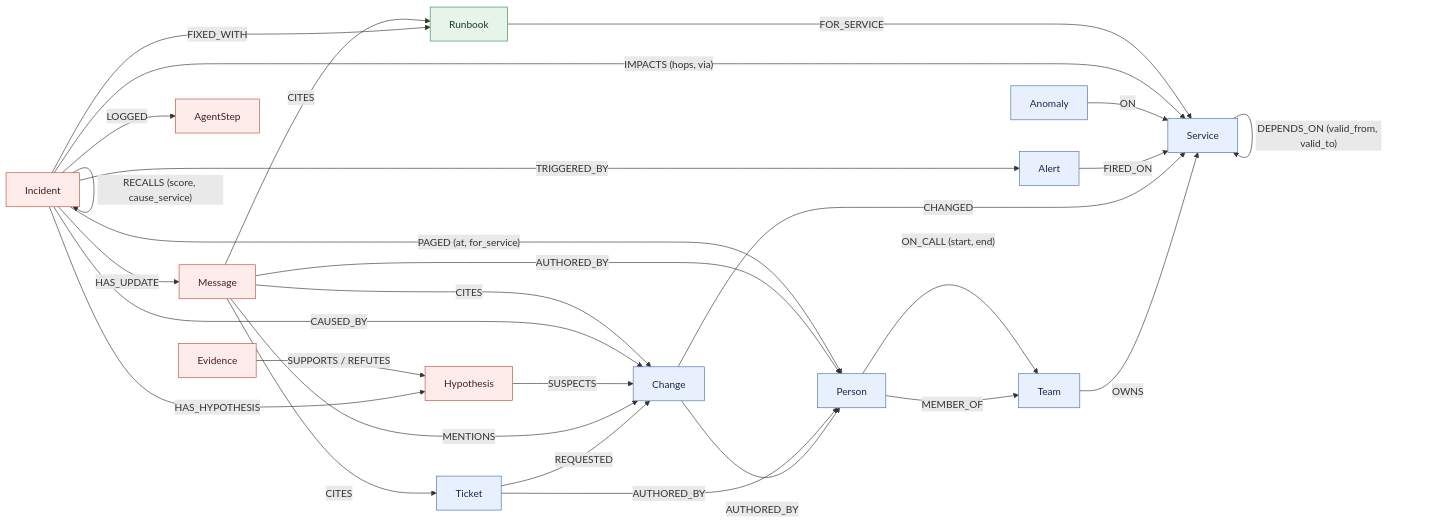
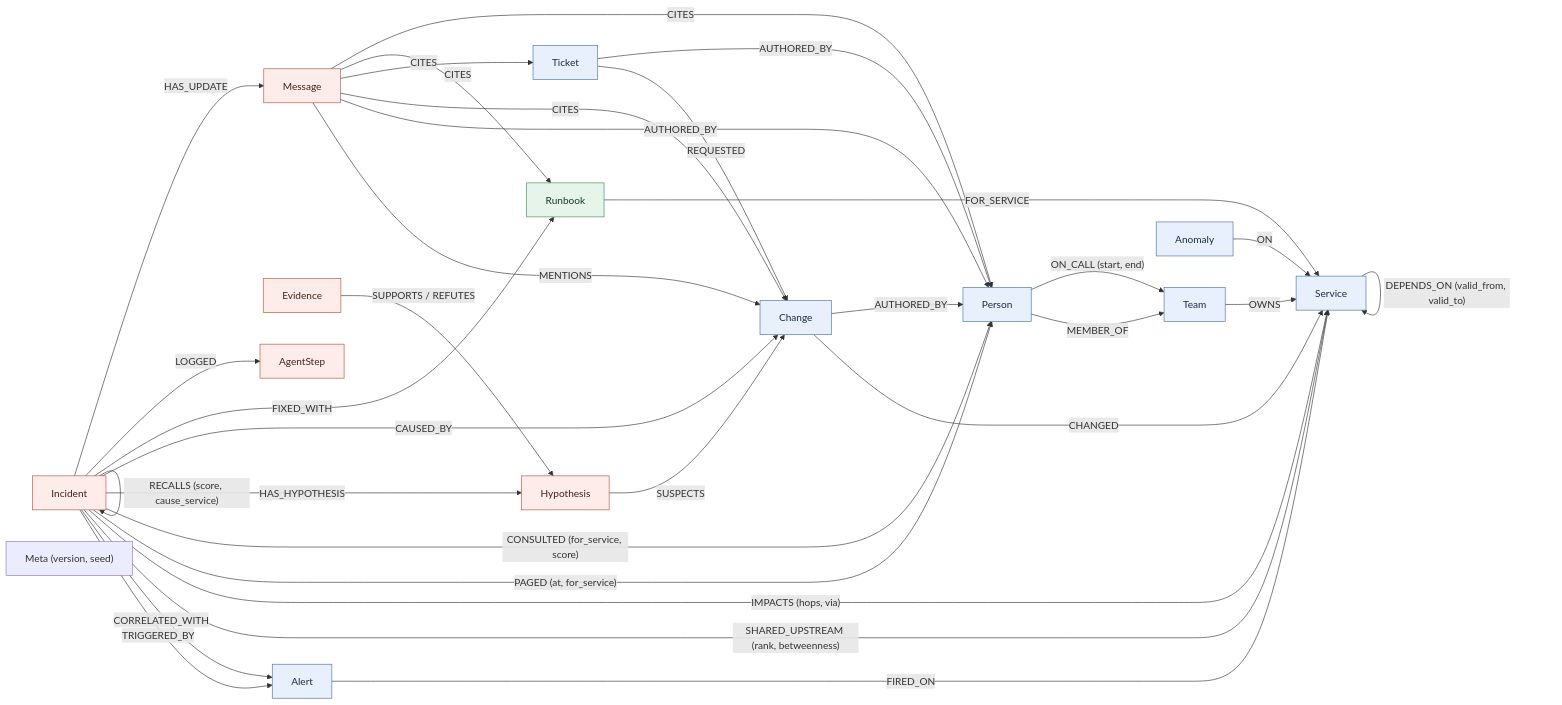
The diagram in docs/DATA_MODEL.md (harz05/oncall-brain), drawn with Mermaid before and after one commit. The commit also changed other lines of this file and 10 other files, not shown here.

Commit message:
docs: align README, architecture, data model, walkthrough, MCP, demo script, blog, ADRs with HEAD

````diff
--- a/docs/DATA_MODEL.md
+++ b/docs/DATA_MODEL.md
@@ -18,37 +19,42 @@
 ```mermaid
 flowchart LR
   Person -->|MEMBER_OF| Team
   Person -->|"ON_CALL (start, end)"| Team
   Team -->|OWNS| Service
   Service -->|"DEPENDS_ON (valid_from, valid_to)"| Service
   Change -->|CHANGED| Service
   Change -->|AUTHORED_BY| Person
   Ticket -->|REQUESTED| Change
   Ticket -->|AUTHORED_BY| Person
   Message -->|MENTIONS| Change
   Message -->|AUTHORED_BY| Person
   Alert -->|FIRED_ON| Service
   Anomaly -->|ON| Service
   Incident -->|TRIGGERED_BY| Alert
+  Incident -->|CORRELATED_WITH| Alert
+  Incident -->|"SHARED_UPSTREAM (rank, betweenness)"| Service
   Incident -->|"IMPACTS (hops, via)"| Service
   Incident -->|"PAGED (at, for_service)"| Person
+  Incident -->|"CONSULTED (for_service, score)"| Person
   Incident -->|HAS_HYPOTHESIS| Hypothesis
   Hypothesis -->|SUSPECTS| Change
   Evidence -->|"SUPPORTS / REFUTES"| Hypothesis
   Incident -->|"RECALLS (score, cause_service)"| Incident
   Incident -->|CAUSED_BY| Change
   Incident -->|FIXED_WITH| Runbook
   Runbook -->|FOR_SERVICE| Service
   Incident -->|LOGGED| AgentStep
   Incident -->|HAS_UPDATE| Message
   Message -->|CITES| Change
   Message -->|CITES| Ticket
   Message -->|CITES| Runbook
+  Message -->|CITES| Person
+  Meta["Meta (version, seed)"]
 
   classDef semantic fill:#e8f0fe,stroke:#4a6fa5,color:#1a2b45
   classDef episodic fill:#fdecea,stroke:#b5523b,color:#45201a
   classDef procedural fill:#e6f4ea,stroke:#3d8b5a,color:#173a24
   class Team,Person,Service,Change,Ticket,Alert,Anomaly semantic
   class Incident,Hypothesis,Evidence,AgentStep,Message episodic
   class Runbook procedural
 ```
````
